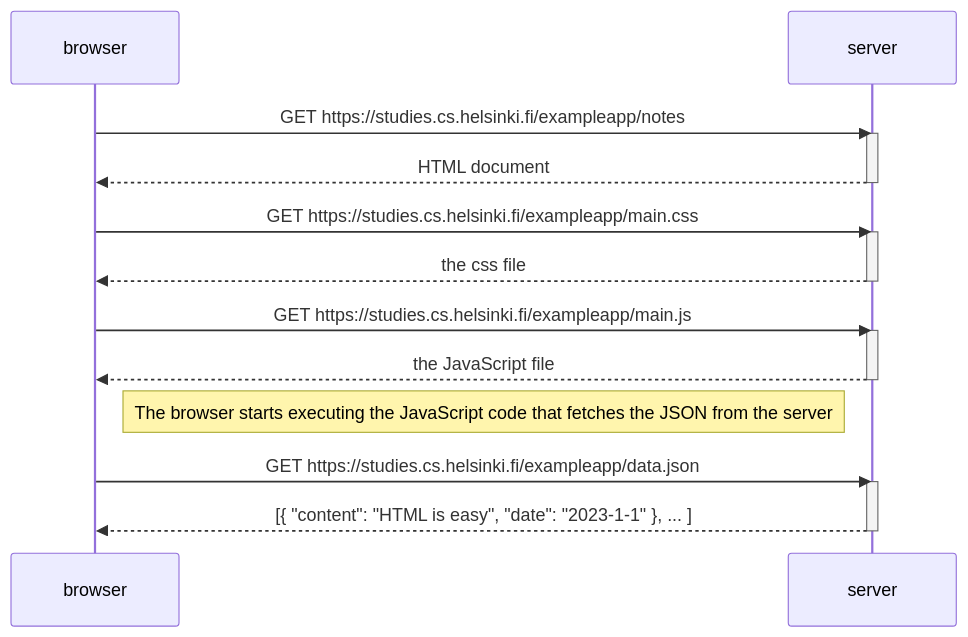
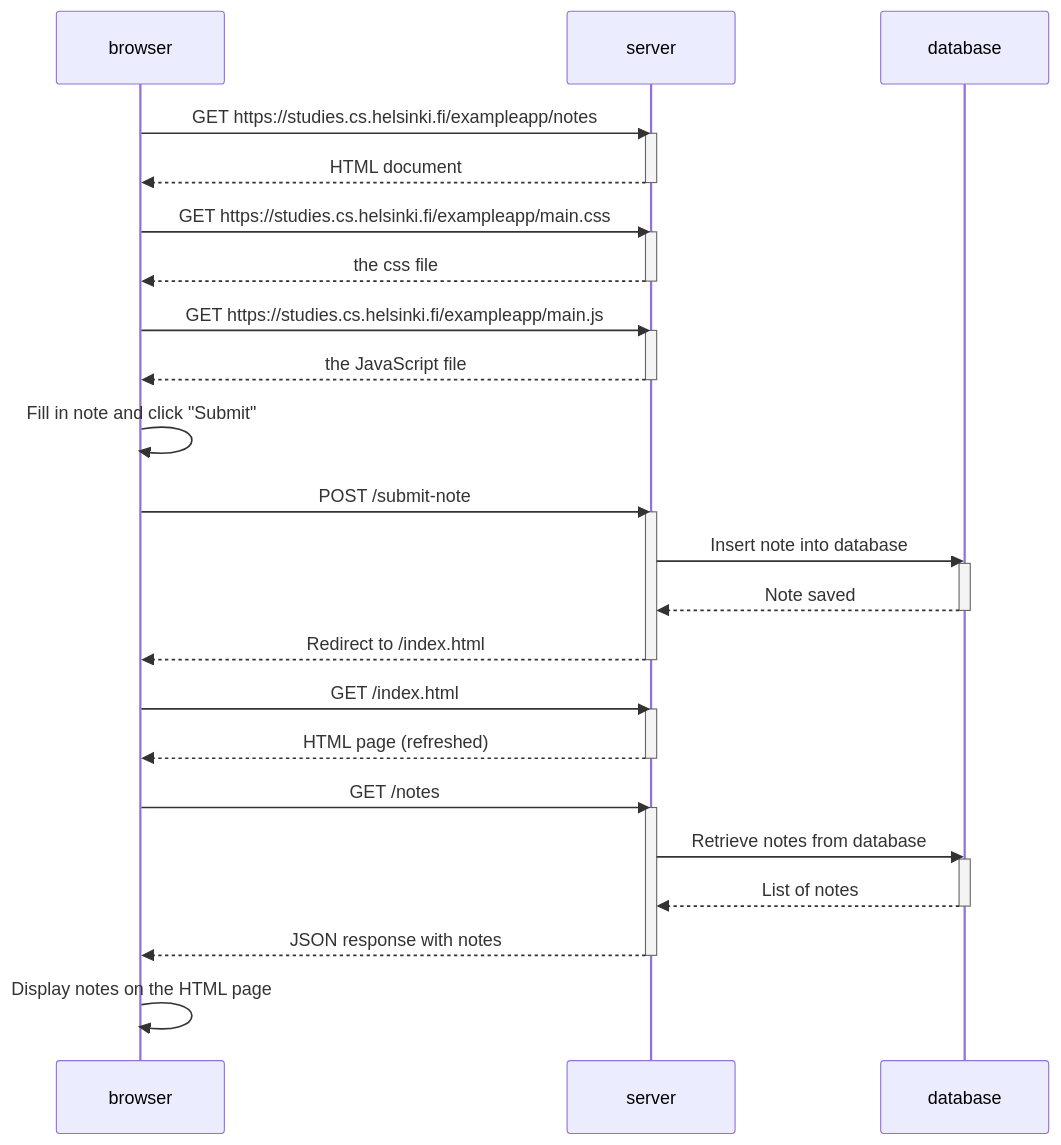
One commit to Mikko-Kajander/MOOC-Full-stack-open changed the diagram in part0/0.4/README0.md. Above: the diagram before and after it, drawn with Mermaid.

Commit message:
part0: try trigger mermaid correctly

````diff
--- a/part0/0.4/README0.md
+++ b/part0/0.4/README0.md
@@ -1,27 +1,48 @@
 ```mermaid
 sequenceDiagram
     participant browser
     participant server
 
     browser->>server: GET https://studies.cs.helsinki.fi/exampleapp/notes;
     activate server;
     server-->>browser: HTML document;
     deactivate server;
 
     browser->>server: GET https://studies.cs.helsinki.fi/exampleapp/main.css;
     activate server;
     server-->>browser: the css file;
     deactivate server;
 
     browser->>server: GET https://studies.cs.helsinki.fi/exampleapp/main.js;
     activate server;
     server-->>browser: the JavaScript file;
     deactivate server;
 
-    Note right of browser: The browser starts executing the JavaScript code that fetches the JSON from the server
+    browser->>browser: Fill in note and click "Submit"
 
-    browser->>server: GET https://studies.cs.helsinki.fi/exampleapp/data.json;
-    activate server;
-    server-->>browser: [{ "content": "HTML is easy", "date": "2023-1-1" }, ... ];
-    deactivate server;
+    browser->>server: POST /submit-note
+    activate server
+    server->>database: Insert note into database
+    activate database
+    database-->>server: Note saved
+    deactivate database
+    server-->>browser: Redirect to /index.html
+    deactivate server
+
+    browser->>server: GET /index.html
+    activate server
+    server-->>browser: HTML page (refreshed)
+    deactivate server
+
+    browser->>server: GET /notes
+    activate server
+    server->>database: Retrieve notes from database
+    activate database
+    database-->>server: List of notes
+    deactivate database
+    server-->>browser: JSON response with notes
+    deactivate server
+
+    browser->>browser: Display notes on the HTML page
+
 ```
````
